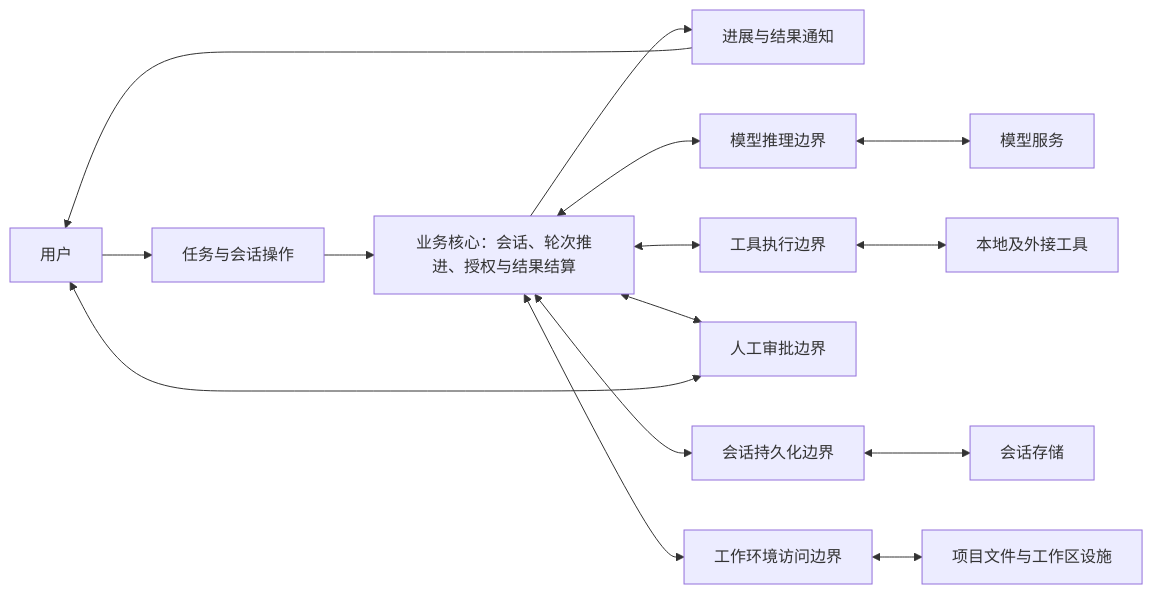
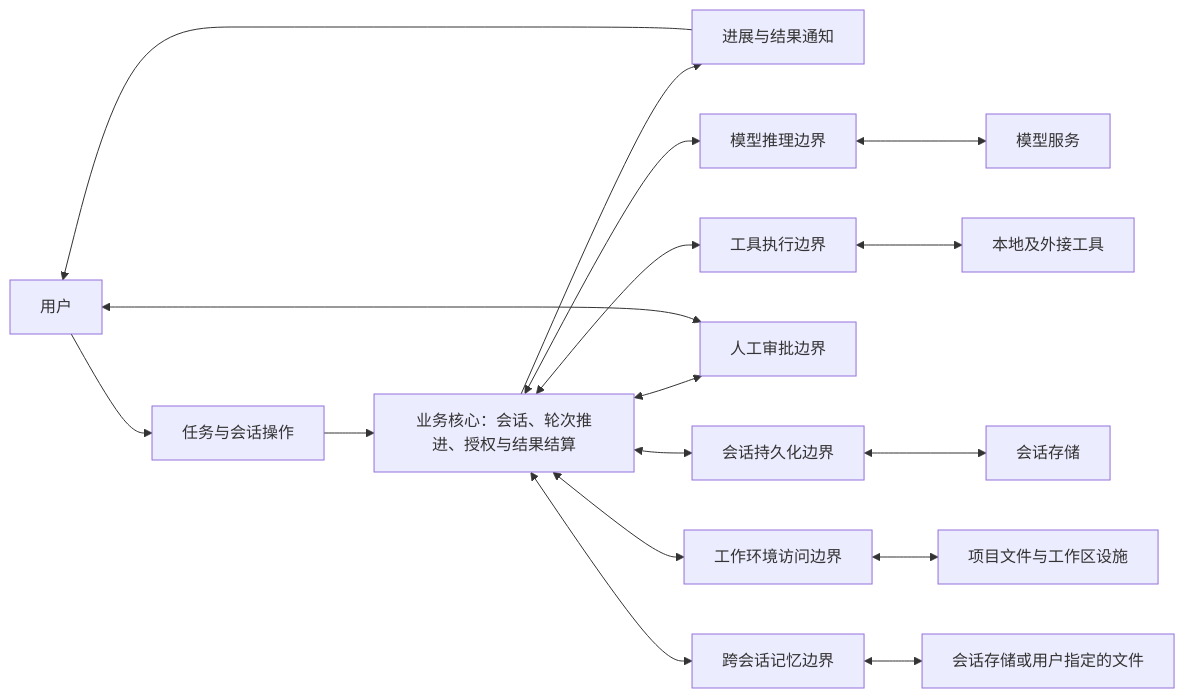
Before and after one commit to Boatjoey/super-agent: the diagram in docs/design/software-architecture.md, drawn with Mermaid. The commit also changed other lines of this file and 50 other files, not shown here.

````diff
--- a/docs/design/software-architecture.md
+++ b/docs/design/software-architecture.md
@@ -78,17 +100,19 @@
 ```mermaid
 flowchart LR
     用户[用户] --> 输入[任务与会话操作]
     输入 --> 核心[业务核心：会话、轮次推进、授权与结果结算]
     核心 --> 通知[进展与结果通知]
     通知 --> 用户
     核心 <--> 推理[模型推理边界]
     推理 <--> 模型[模型服务]
     核心 <--> 执行[工具执行边界]
     执行 <--> 工具[本地及外接工具]
     核心 <--> 审批[人工审批边界]
     审批 <--> 用户
     核心 <--> 保存[会话持久化边界]
     保存 <--> 存储[会话存储]
     核心 <--> 环境[工作环境访问边界]
     环境 <--> 工作区[项目文件与工作区设施]
+    核心 <--> 记忆[跨会话记忆边界]
+    记忆 <--> 记忆存储[会话存储或用户指定的文件]
 ```
````
